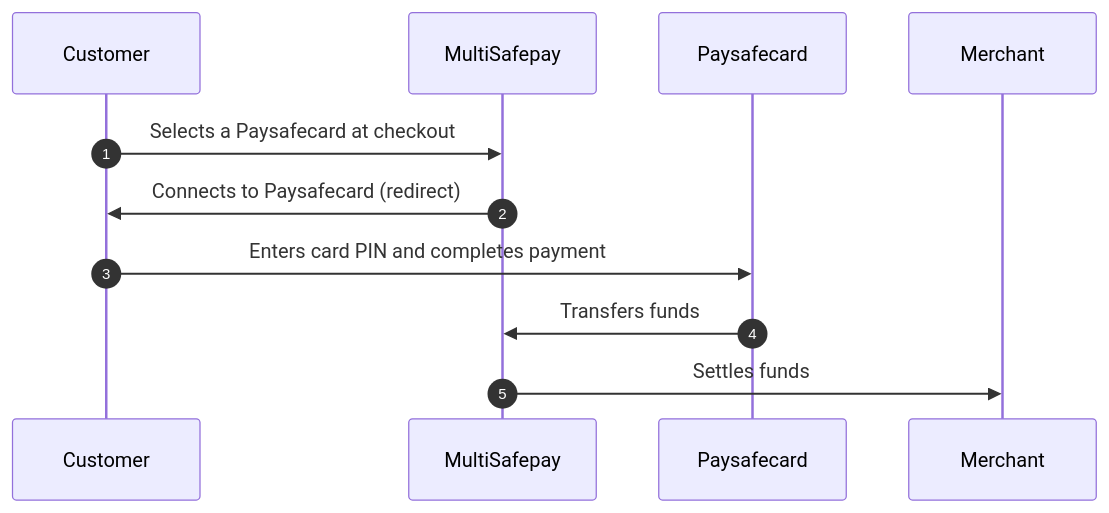
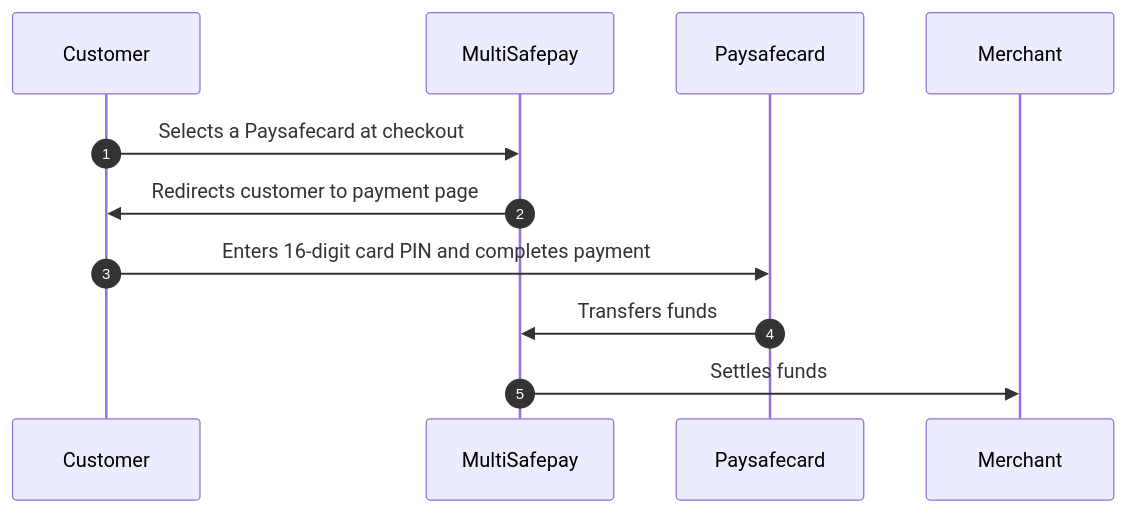
The diagram in content/payments/methods/prepaid-cards/paysafecard/payment-flow.md (MultiSafepay/docs), drawn with Mermaid before and after one commit. The commit also changed other lines of this file and 34 other files, not shown here.

```diff
--- a/content/payments/methods/prepaid-cards/paysafecard/payment-flow.md
+++ b/content/payments/methods/prepaid-cards/paysafecard/payment-flow.md
@@ -16,16 +16,16 @@
 {{< mermaid class="text-center" >}}
 
 sequenceDiagram
     autonumber
     participant C as Customer
     participant Mu as MultiSafepay
     participant P as Paysafecard
     participant Me as Merchant
 
     C->>Mu: Selects a Paysafecard at checkout
-    Mu->>C: Connects to Paysafecard (redirect)
-    C->>P: Enters card PIN and completes payment
+    Mu->>C: Redirects customer to payment page
+    C->>P: Enters 16-digit card PIN and completes payment
     P->>Mu: Transfers funds 
     Mu->>Me: Settles funds
 
 {{< /mermaid >}}
```
